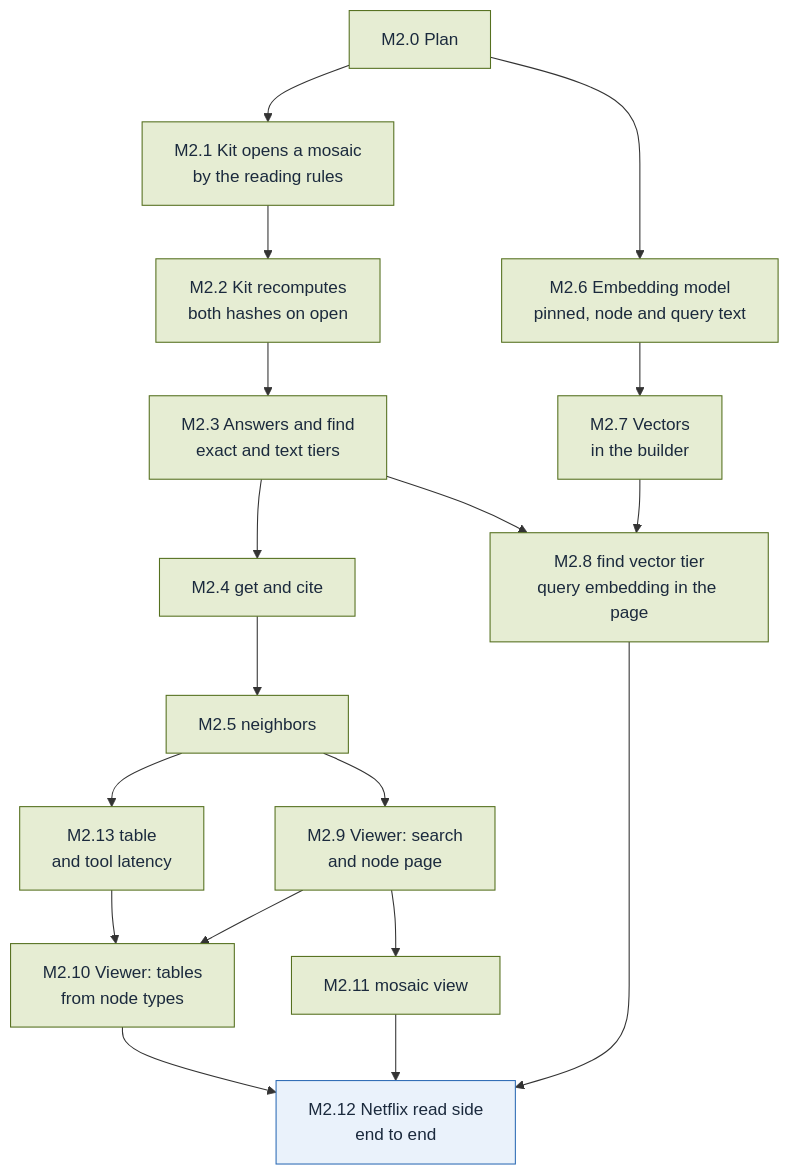
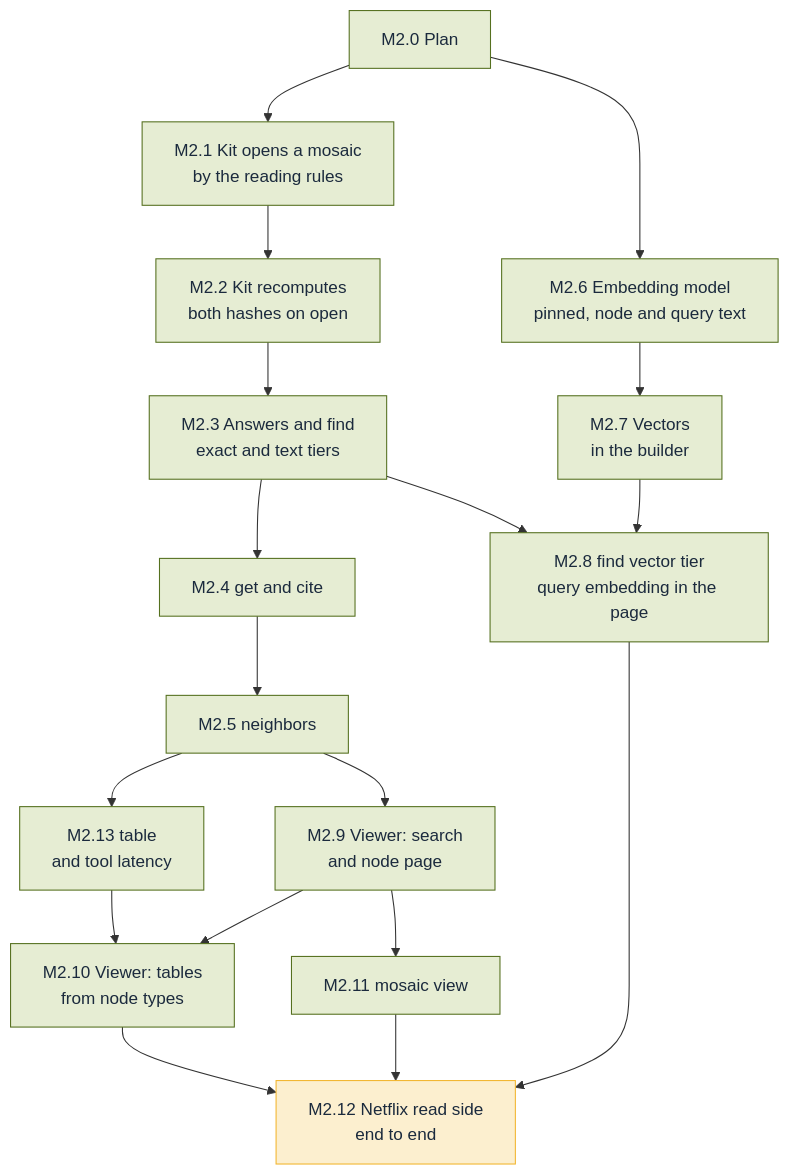
Before and after one commit to alcjor/Mosaic: the diagram in plan/M2.md, drawn with Mermaid.

Commit message:
M2.12: the plan shows M2.12 parked on its question (needs-decision)
Claude-Session: https://claude.ai/code/session_01KJNfPphD86fVeSKroyPoi7

````diff
--- a/plan/M2.md
+++ b/plan/M2.md
@@ -3,39 +3,39 @@
 ```mermaid
 flowchart TD
   M2_0["M2.0 Plan"]
   M2_1["M2.1 Kit opens a mosaic<br/>by the reading rules"]
   M2_2["M2.2 Kit recomputes<br/>both hashes on open"]
   M2_3["M2.3 Answers and find<br/>exact and text tiers"]
   M2_4["M2.4 get and cite"]
   M2_5["M2.5 neighbors"]
   M2_13["M2.13 table<br/>and tool latency"]
   M2_6["M2.6 Embedding model<br/>pinned, node and query text"]
   M2_7["M2.7 Vectors<br/>in the builder"]
   M2_8["M2.8 find vector tier<br/>query embedding in the page"]
   M2_9["M2.9 Viewer: search<br/>and node page"]
   M2_10["M2.10 Viewer: tables<br/>from node types"]
   M2_11["M2.11 mosaic view"]
   M2_12["M2.12 Netflix read side<br/>end to end"]
   M2_0 --> M2_1
   M2_1 --> M2_2
   M2_2 --> M2_3
   M2_3 --> M2_4
   M2_4 --> M2_5
   M2_5 --> M2_13
   M2_0 --> M2_6
   M2_6 --> M2_7
   M2_3 --> M2_8
   M2_7 --> M2_8
   M2_5 --> M2_9
   M2_9 --> M2_10
   M2_13 --> M2_10
   M2_9 --> M2_11
   M2_8 --> M2_12
   M2_10 --> M2_12
   M2_11 --> M2_12
   classDef done fill:#E6EDD3,stroke:#55701F,color:#1B2A3D
   classDef todo fill:#EAF2FB,stroke:#2F6DB5,color:#1B2A3D
   classDef parked fill:#FCEFCF,stroke:#F2B630,color:#1B2A3D
   class M2_0,M2_1,M2_2,M2_3,M2_4,M2_5,M2_6,M2_7,M2_8,M2_9,M2_10,M2_11,M2_13 done
-  class M2_12 todo
+  class M2_12 parked
 ```
````
